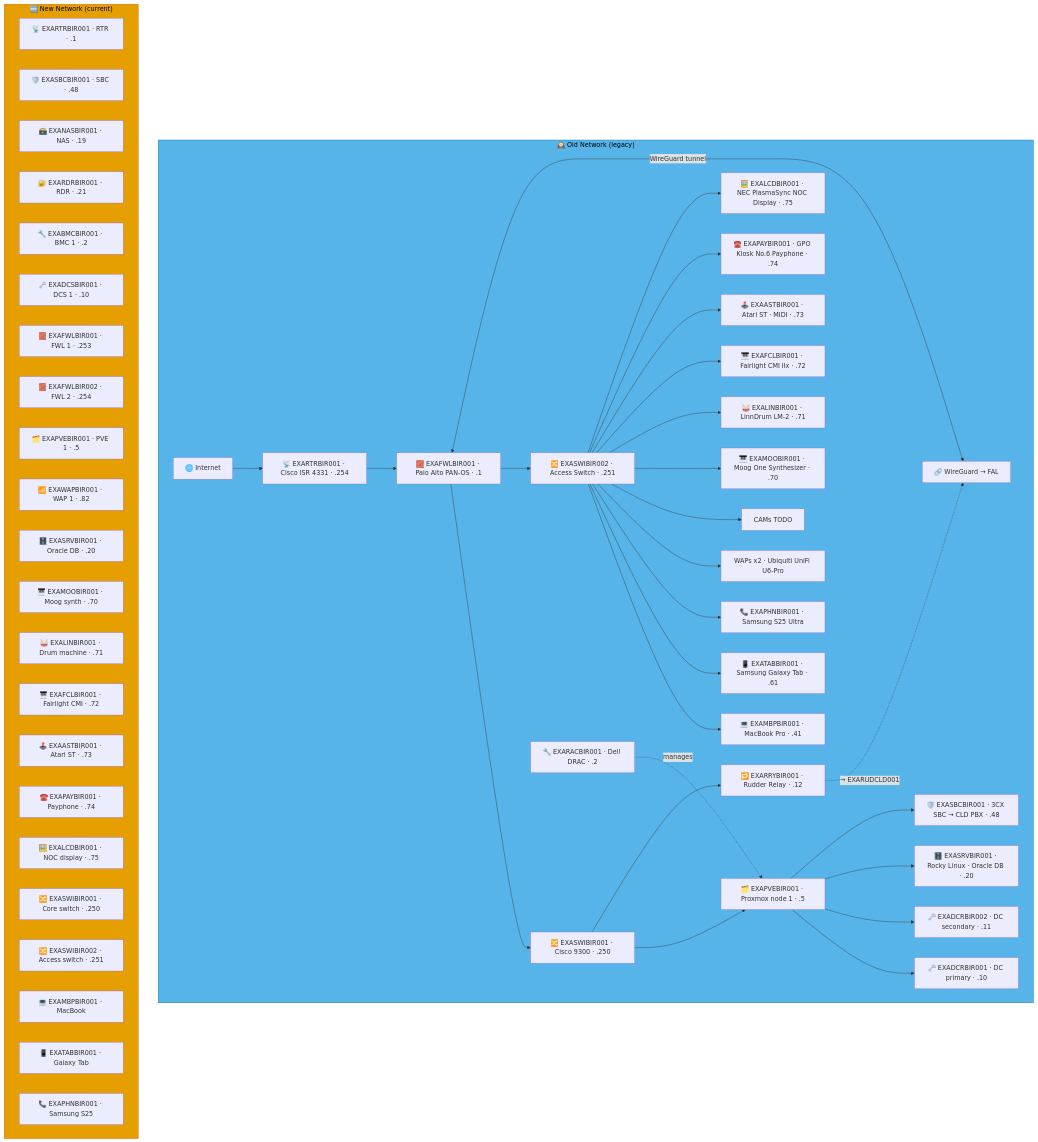
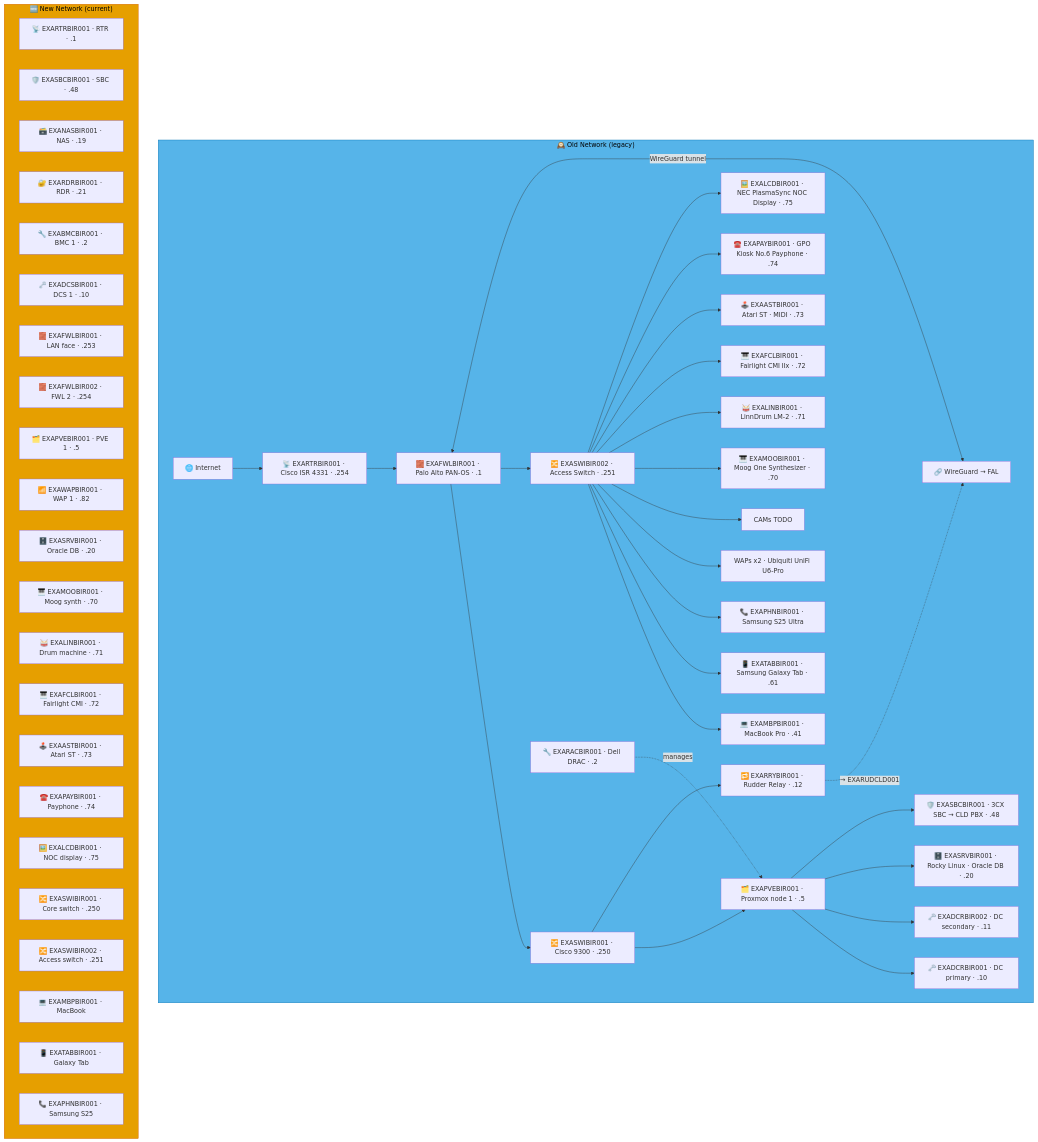
Before and after one commit to knightmare2600/example_music_infra: the second of 9 diagrams in docs/network-diagram/england.md, drawn with Mermaid. The commit also changed other lines of this file and 17 other files, not shown here.

````diff
--- a/docs/network-diagram/england.md
+++ b/docs/network-diagram/england.md
@@ -78,67 +78,67 @@
 ```mermaid
 graph TD
     subgraph OLD_BIR ["🕰️ Old Network (legacy)"]
       INET["🌐 Internet"]
       FWL["🧱 EXAFWLBIR001 · Palo Alto PAN-OS · .1"]
       SW1["🔀 EXASWIBIR001 · Cisco 9300 · .250"]
       SW2["🔀 EXASWIBIR002 · Access Switch · .251"]
       RTR["📡 EXARTRBIR001 · Cisco ISR 4331 · .254"]
       RAC["🔧 EXARACBIR001 · Dell DRAC · .2"]
       PVE["🗂️ EXAPVEBIR001 · Proxmox node 1 · .5"]
       DC1["🗝️ EXADCRBIR001 · DC primary · .10"]
       DC2["🗝️ EXADCRBIR002 · DC secondary · .11"]
       SRV["🗄️ EXASRVBIR001 · Rocky Linux · Oracle DB · .20"]
       SBC["🛡️ EXASBCBIR001 · 3CX SBC → CLD PBX · .48"]
       RRY["🔁 EXARRYBIR001 · Rudder Relay · .12"]
       MBP["💻 EXAMBPBIR001 · MacBook Pro · .41"]
       TAB["📱 EXATABBIR001 · Samsung Galaxy Tab · .61"]
       PHN["📞 EXAPHNBIR001 · Samsung S25 Ultra"]
       WAP["WAPs x2 · Ubiquiti UniFi U6-Pro"]
       CAM["CAMs TODO"]
       MOO["🎹 EXAMOOBIR001 · Moog One Synthesizer · .70"]
       LIN["🥁 EXALINBIR001 · LinnDrum LM-2 · .71"]
       FCL["🎹 EXAFCLBIR001 · Fairlight CMI IIx · .72"]
       AST["🕹️ EXAASTBIR001 · Atari ST · MIDI · .73"]
       PAY["☎️ EXAPAYBIR001 · GPO Kiosk No.6 Payphone · .74"]
       LCD["🖼️ EXALCDBIR001 · NEC PlasmaSync NOC Display · .75"]
       VPN["🔗 WireGuard → FAL"]
 
       INET --> RTR --> FWL --> SW1 & SW2
       SW1 --> PVE --> DC1 & DC2 & SRV & SBC
       RAC -.->|"manages"| PVE
       SW2 --> MBP & TAB & PHN & WAP & CAM
       SW2 --> MOO & LIN & FCL & AST & PAY & LCD
       FWL <-->|"WireGuard tunnel"| VPN
 
       SW1 --> RRY
       RRY -. "→ EXARUDCLD001" .-> VPN
     end
     style OLD_BIR fill:#56B4E9,stroke:#0072B2,color:#000000
     %% GENERATED:NEW-NETWORK:BIR:START
     subgraph NEW_BIR ["🆕 New Network (current)"]
       N_RTR["📡 EXARTRBIR001 · RTR · .1"]
       N_SBC["🛡️ EXASBCBIR001 · SBC · .48"]
       N_NAS["🗃️ EXANASBIR001 · NAS · .19"]
       N_RDR["🔐 EXARDRBIR001 · RDR · .21"]
       N_BMC["🔧 EXABMCBIR001 · BMC 1 · .2"]
       N_DCS["🗝️ EXADCSBIR001 · DCS 1 · .10"]
-      N_FWL["🧱 EXAFWLBIR001 · FWL 1 · .253"]
+      N_FWL["🧱 EXAFWLBIR001 · LAN face · .253"]
       N_FWL2["🧱 EXAFWLBIR002 · FWL 2 · .254"]
       N_PVE["🗂️ EXAPVEBIR001 · PVE 1 · .5"]
       N_WAP["📶 EXAWAPBIR001 · WAP 1 · .82"]
       N_SRV["🗄️ EXASRVBIR001 · Oracle DB · .20"]
       N_MOO["🎹 EXAMOOBIR001 · Moog synth · .70"]
       N_LIN["🥁 EXALINBIR001 · Drum machine · .71"]
       N_FCL["🎹 EXAFCLBIR001 · Fairlight CMI · .72"]
       N_AST["🕹️ EXAASTBIR001 · Atari ST · .73"]
       N_PAY["☎️ EXAPAYBIR001 · Payphone · .74"]
       N_LCD["🖼️ EXALCDBIR001 · NOC display · .75"]
       N_SWI["🔀 EXASWIBIR001 · Core switch · .250"]
       N_SWI2["🔀 EXASWIBIR002 · Access switch · .251"]
       N_MBP["💻 EXAMBPBIR001 · MacBook"]
       N_TAB["📱 EXATABBIR001 · Galaxy Tab"]
       N_PHN["📞 EXAPHNBIR001 · Samsung S25"]
     end
     style NEW_BIR fill:#E69F00,stroke:#D55E00,color:#000000
     %% GENERATED:NEW-NETWORK:BIR:END
 ```
````
